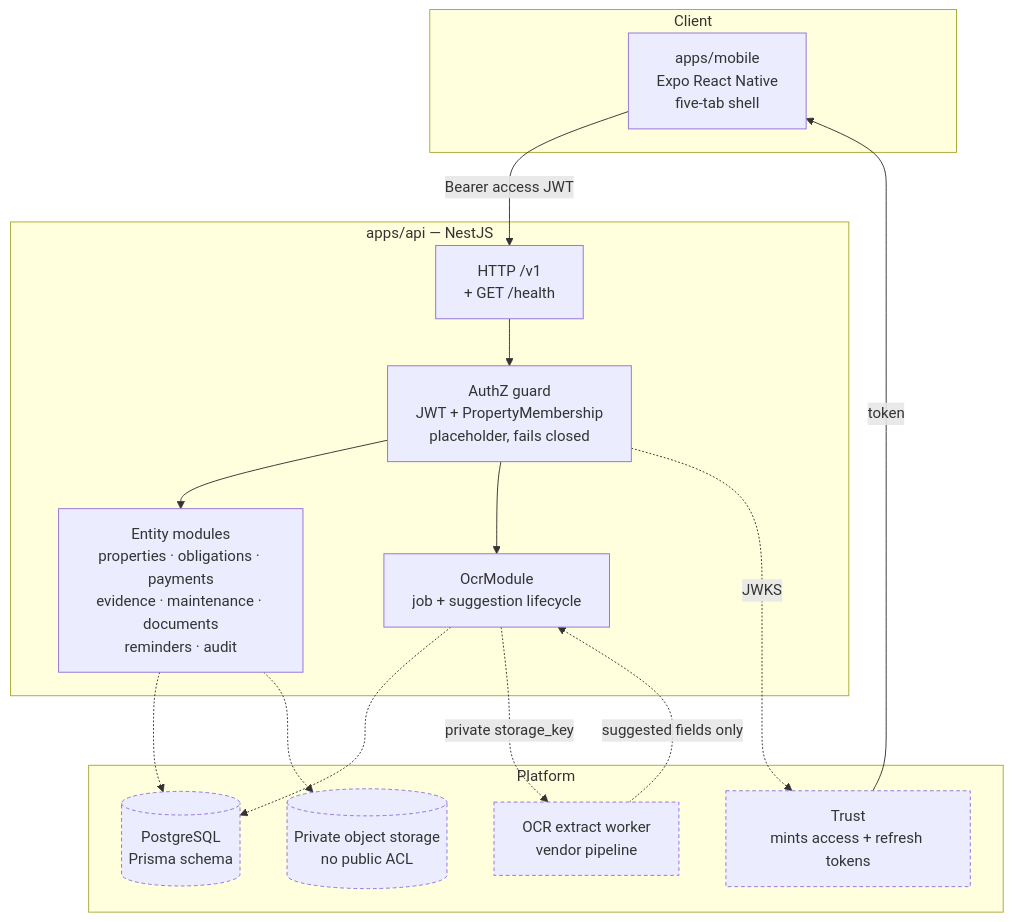
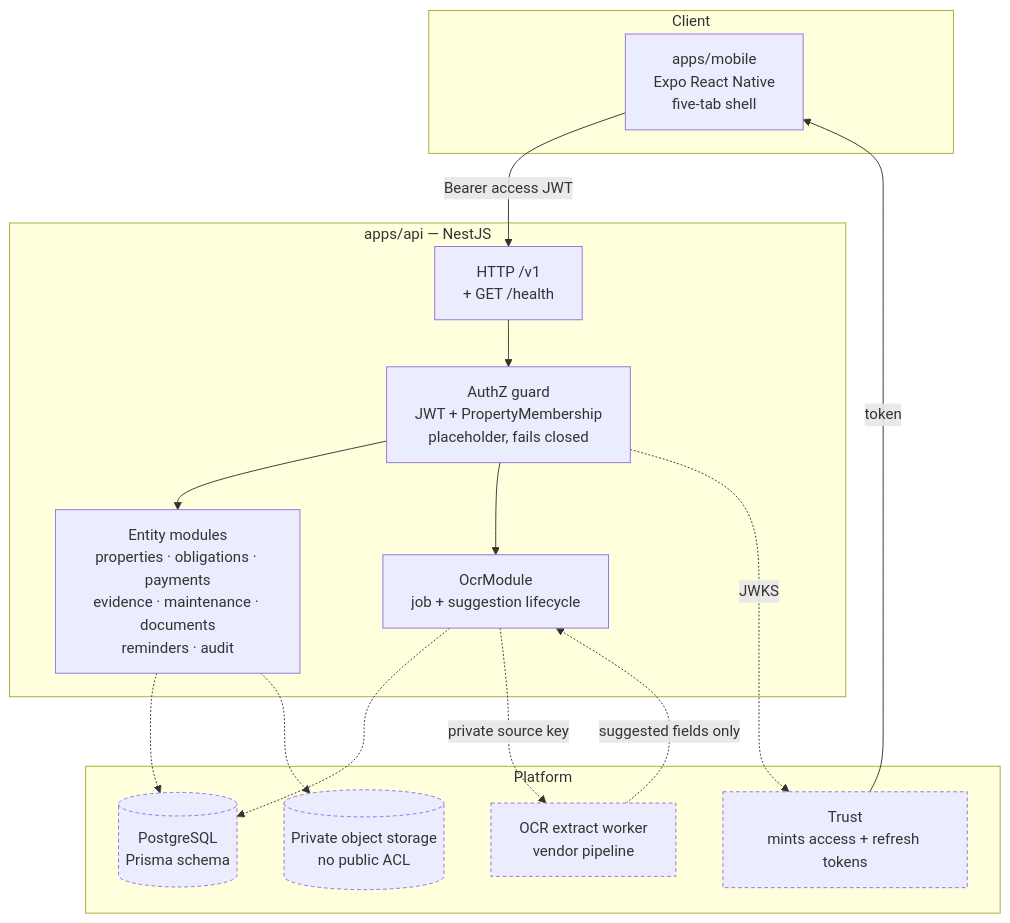
The first of 3 diagrams in docs/ARCHITECTURE.md (VahagnCh/property-control), drawn with Mermaid before and after one commit. The commit also changed other lines of this file and 71 other files, not shown here.

````diff
--- a/docs/ARCHITECTURE.md
+++ b/docs/ARCHITECTURE.md
@@ -7,35 +7,35 @@
 ```mermaid
 flowchart TB
   subgraph client["Client"]
     mobile["apps/mobile<br/>Expo React Native<br/>five-tab shell"]
   end
 
   subgraph backend["apps/api — NestJS"]
     http["HTTP /v1<br/>+ GET /health"]
     guard["AuthZ guard<br/>JWT + PropertyMembership<br/>placeholder, fails closed"]
     modules["Entity modules<br/>properties · obligations · payments<br/>evidence · maintenance · documents<br/>reminders · audit"]
     ocr["OcrModule<br/>job + suggestion lifecycle"]
   end
 
   subgraph external["Platform"]
     trust["Trust<br/>mints access + refresh tokens"]
     db[("PostgreSQL<br/>Prisma schema")]
     objects[("Private object storage<br/>no public ACL")]
     worker["OCR extract worker<br/>vendor pipeline"]
   end
 
   mobile -->|"Bearer access JWT"| http
   trust -->|"token"| mobile
   http --> guard
   guard --> modules
   guard --> ocr
   guard -.->|"JWKS"| trust
   modules -.-> db
   modules -.-> objects
   ocr -.-> db
-  ocr -.->|"private storage_key"| worker
+  ocr -.->|"private source key"| worker
   worker -.->|"suggested fields only"| ocr
 
   classDef unbuilt stroke-dasharray: 4 3
   class db,objects,worker,trust unbuilt
 ```
````
